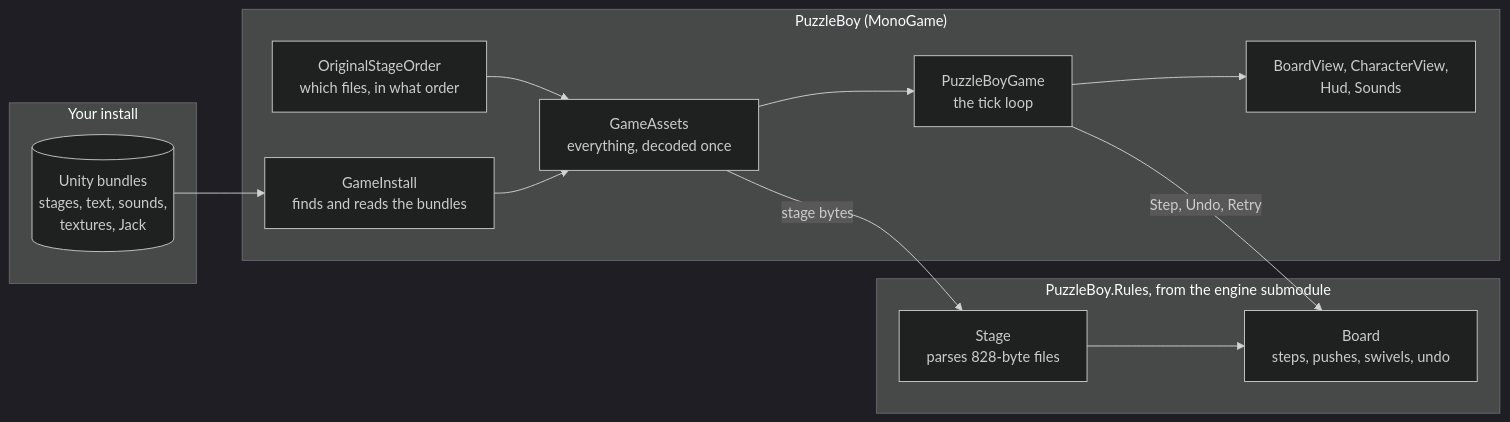
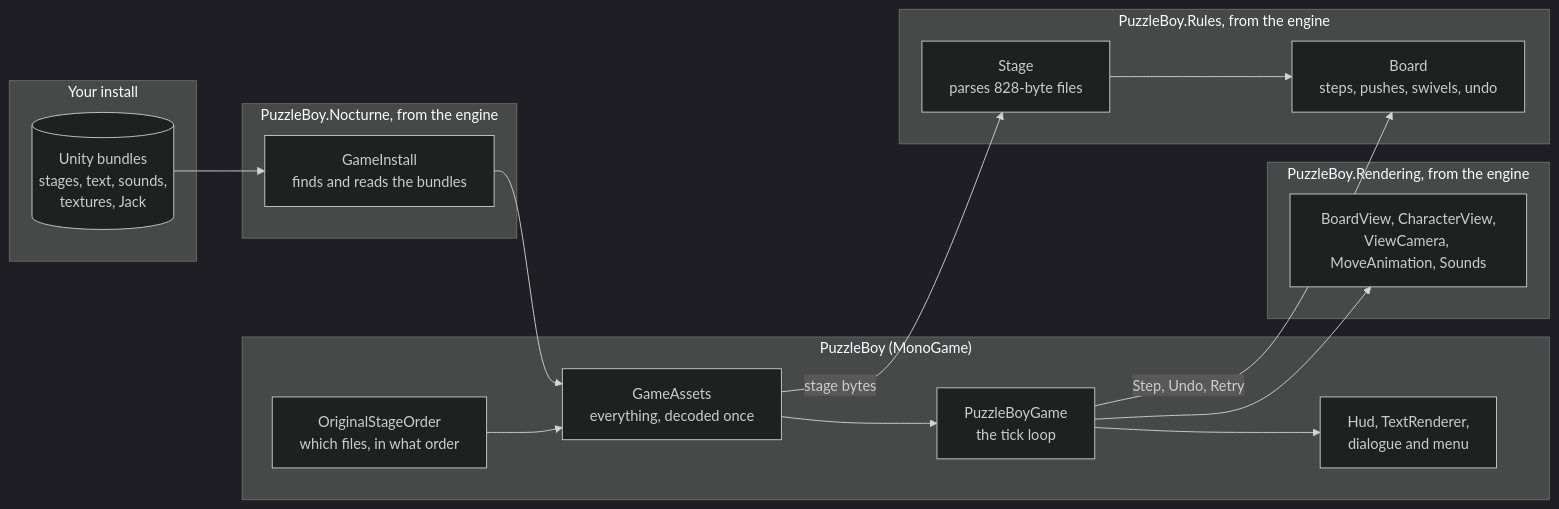
Before and after one commit to hazeliscoding/puzzle-boy: the first of 2 diagrams in docs/architecture.md, drawn with Mermaid (dark theme). The commit also changed other lines of this file and 5 other files, not shown here.

````diff
--- a/docs/architecture.md
+++ b/docs/architecture.md
@@ -10,18 +10,25 @@
 ```mermaid
 flowchart LR
     subgraph install["Your install"]
         bundles[("Unity bundles<br>stages, text, sounds,<br>textures, Jack")]
     end
     subgraph app["PuzzleBoy (MonoGame)"]
         order["OriginalStageOrder<br>which files, in what order"] --> ga
-        gi["GameInstall<br>finds and reads the bundles"] --> ga["GameAssets<br>everything, decoded once"]
-        ga --> loop["PuzzleBoyGame<br>the tick loop"]
-        loop --> views["BoardView, CharacterView,<br>Hud, Sounds"]
+        ga["GameAssets<br>everything, decoded once"] --> loop["PuzzleBoyGame<br>the tick loop"]
+        loop --> hud["Hud, TextRenderer,<br>dialogue and menu"]
     end
-    subgraph rules["PuzzleBoy.Rules, from the engine submodule"]
+    subgraph nocturne["PuzzleBoy.Nocturne, from the engine"]
+        gi["GameInstall<br>finds and reads the bundles"]
+    end
+    subgraph rendering["PuzzleBoy.Rendering, from the engine"]
+        views["BoardView, CharacterView,<br>ViewCamera, MoveAnimation, Sounds"]
+    end
+    subgraph rules["PuzzleBoy.Rules, from the engine"]
         stage["Stage<br>parses 828-byte files"] --> board["Board<br>steps, pushes, swivels, undo"]
     end
+    gi --> ga
+    loop --> views
     bundles --> gi
     ga -- "stage bytes" --> stage
     loop -- "Step, Undo, Retry" --> board
 ```
````
